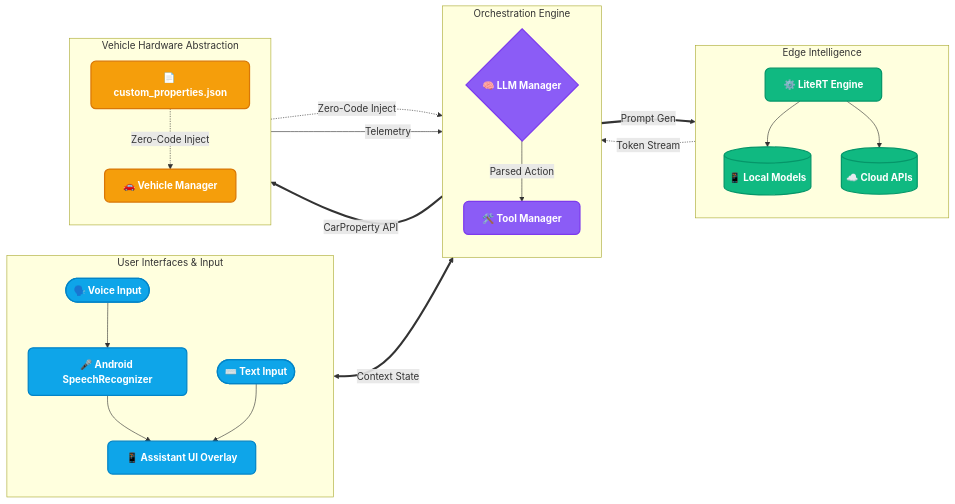
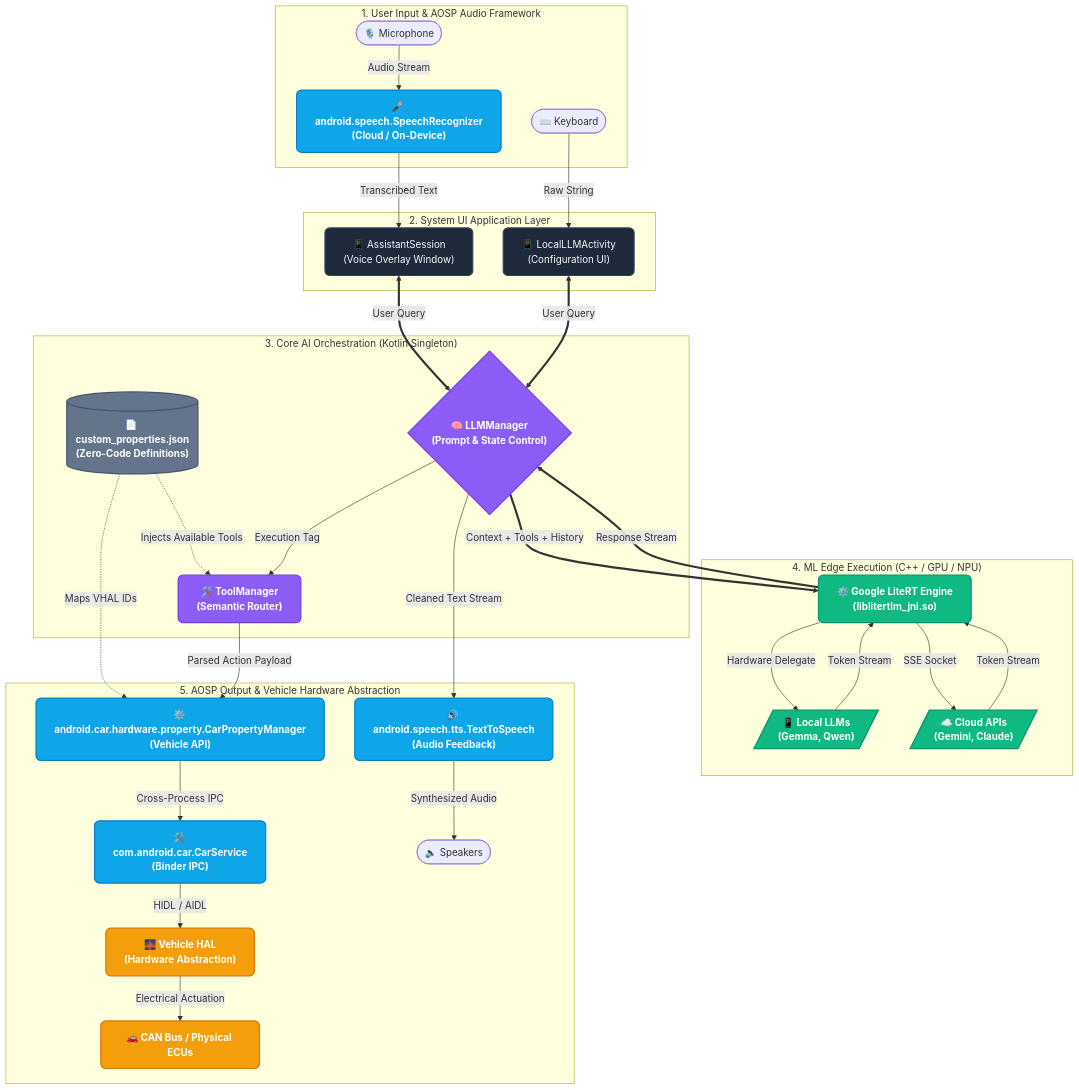
The first of 4 diagrams in ARCHITECTURE.md (hemangpandhi/ai-assistant), drawn with Mermaid before and after one commit.

Commit message:
docs: highly detailed AOSP flow architecture diagram

````diff
--- a/ARCHITECTURE.md
+++ b/ARCHITECTURE.md
@@ -11,50 +11,69 @@
 ```mermaid
-flowchart LR
+flowchart TD
     %% Professional Enterprise Theme
-    classDef default fill:#1E293B,stroke:#334155,stroke-width:2px,color:#F8FAFC,rx:8px,ry:8px,font-family:Inter;
-    classDef interface fill:#0EA5E9,stroke:#0284C7,stroke-width:2px,color:#FFFFFF,rx:8px,ry:8px,font-weight:bold;
-    classDef orchestrator fill:#8B5CF6,stroke:#7C3AED,stroke-width:2px,color:#FFFFFF,rx:8px,ry:8px,font-weight:bold;
+    classDef sysApp fill:#1E293B,stroke:#334155,stroke-width:2px,color:#F8FAFC,rx:8px,ry:8px;
+    classDef aospAPI fill:#0EA5E9,stroke:#0284C7,stroke-width:2px,color:#FFFFFF,rx:8px,ry:8px,font-weight:bold;
+    classDef logic fill:#8B5CF6,stroke:#7C3AED,stroke-width:2px,color:#FFFFFF,rx:8px,ry:8px,font-weight:bold;
     classDef ai fill:#10B981,stroke:#059669,stroke-width:2px,color:#FFFFFF,rx:8px,ry:8px,font-weight:bold;
     classDef hardware fill:#F59E0B,stroke:#D97706,stroke-width:2px,color:#FFFFFF,rx:8px,ry:8px,font-weight:bold;
+    classDef config fill:#64748B,stroke:#475569,stroke-width:2px,color:#FFFFFF,rx:8px,ry:8px,font-weight:bold;
 
-    subgraph Input ["User Interfaces & Input"]
-        direction TB
-        V([🗣️ Voice Input]):::interface
-        T([⌨️ Text Input]):::interface
-        STT[🎤 Android SpeechRecognizer]:::interface
-        UI[📱 Assistant UI Overlay]:::interface
+    subgraph Input ["1. User Input & AOSP Audio Framework"]
+        MIC([🎙️ Microphone])
+        TXT([⌨️ Keyboard])
+        STT["🎤 android.speech.SpeechRecognizer<br/>(Cloud / On-Device)"]:::aospAPI
     end
 
-    subgraph Core ["Orchestration Engine"]
-        direction TB
-        SM{🧠 LLM Manager}:::orchestrator
-        TM[🛠️ Tool Manager]:::orchestrator
+    subgraph AppUI ["2. System UI Application Layer"]
+        SESSION["📱 AssistantSession<br/>(Voice Overlay Window)"]:::sysApp
+        ACT["📱 LocalLLMActivity<br/>(Configuration UI)"]:::sysApp
     end
 
-    subgraph Models ["Edge Intelligence"]
-        direction TB
-        ENG[⚙️ LiteRT Engine]:::ai
-        LM[(📱 Local Models)]:::ai
-        CM[(☁️ Cloud APIs)]:::ai
+    subgraph Orchestration ["3. Core AI Orchestration (Kotlin Singleton)"]
+        LLM{"🧠 LLMManager<br/>(Prompt & State Control)"}:::logic
+        TM["🛠️ ToolManager<br/>(Semantic Router)"]:::logic
+        JSON[("📄 custom_properties.json<br/>(Zero-Code Definitions)")]:::config
     end
 
-    subgraph Auto ["Vehicle Hardware Abstraction"]
-        direction TB
-        VM[🚗 Vehicle Manager]:::hardware
-        JSON[📄 custom_properties.json]:::hardware
+    subgraph Inference ["4. ML Edge Execution (C++ / GPU / NPU)"]
+        LITERT["⚙️ Google LiteRT Engine<br/>(liblitertlm_jni.so)"]:::ai
+        LOCAL[/"📱 Local LLMs<br/>(Gemma, Qwen)"/]:::ai
+        CLOUD[/"☁️ Cloud APIs<br/>(Gemini, Claude)"/]:::ai
     end
 
-    %% Data Flow
-    V --> STT
-    STT & T --> UI
-    UI <==>|Context State| SM
+    subgraph Output ["5. AOSP Output & Vehicle Hardware Abstraction"]
+        TTS["🔊 android.speech.tts.TextToSpeech<br/>(Audio Feedback)"]:::aospAPI
+        CPM["⚙️ android.car.hardware.property.CarPropertyManager<br/>(Vehicle API)"]:::aospAPI
+        CARSERVICE["🛠️ com.android.car.CarService<br/>(Binder IPC)"]:::aospAPI
+        VHAL["🌉 Vehicle HAL<br/>(Hardware Abstraction)"]:::hardware
+        CAN["🚗 CAN Bus / Physical ECUs"]:::hardware
+        SPK([🔈 Speakers])
+    end
+
+    %% Flow Mapping
+    MIC -->|Audio Stream| STT
+    STT -->|Transcribed Text| SESSION
+    TXT -->|Raw String| ACT
     
-    SM ==>|Prompt Gen| ENG
-    ENG --> LM & CM
-    ENG -.->|Token Stream| SM
+    SESSION <==>|User Query| LLM
+    ACT <==>|User Query| LLM
     
-    JSON -.->|Zero-Code Inject| TM & VM
-    VM -->|Telemetry| SM
-    SM -->|Parsed Action| TM
-    TM ==>|CarProperty API| VM
+    JSON -.->|Injects Available Tools| TM
+    JSON -.->|Maps VHAL IDs| CPM
+    
+    LLM ==>|"Context + Tools + History"| LITERT
+    LITERT -->|"Hardware Delegate"| LOCAL
+    LITERT -->|"SSE Socket"| CLOUD
+    
+    LOCAL & CLOUD -->|"Token Stream"| LITERT
+    LITERT ==>|"Response Stream"| LLM
+    
+    LLM -->|"Cleaned Text Stream"| TTS
+    TTS -->|"Synthesized Audio"| SPK
+    
+    LLM -->|"<TOOL> Execution Tag"| TM
+    TM -->|"Parsed Action Payload"| CPM
+    CPM -->|"Cross-Process IPC"| CARSERVICE
+    CARSERVICE -->|"HIDL / AIDL"| VHAL
+    VHAL -->|"Electrical Actuation"| CAN
 ```
````
